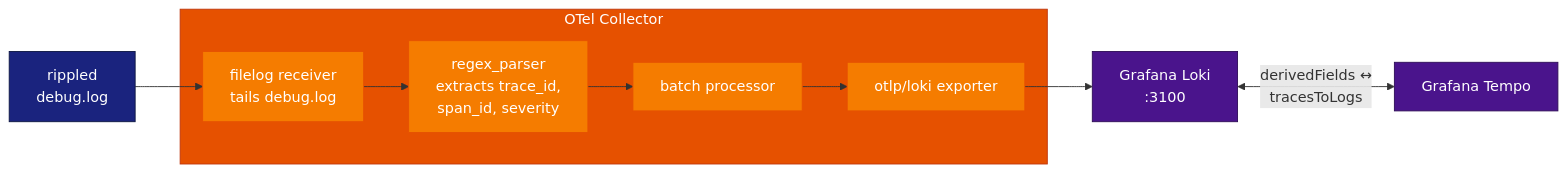
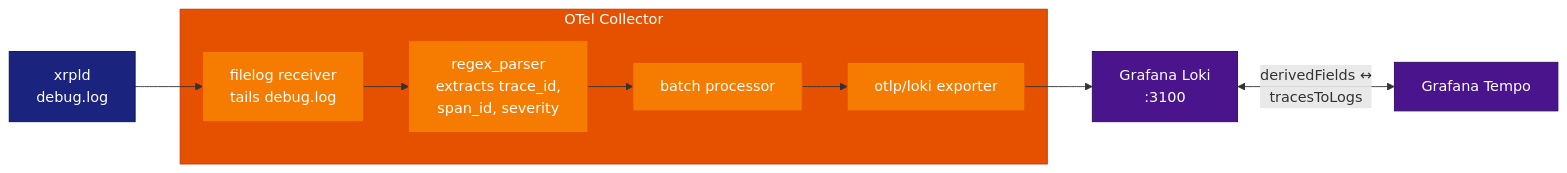
Before and after one commit to XRPLF/rippled: the third of 7 diagrams in OpenTelemetryPlan/06-implementation-phases.md, drawn with Mermaid. The commit also changed other lines of this file and 4 other files, not shown here.

Commit message:
fix: address CI rename checks (rippled -> xrpld) in phase-8 docs

````diff
--- a/OpenTelemetryPlan/06-implementation-phases.md
+++ b/OpenTelemetryPlan/06-implementation-phases.md
@@ -449,23 +449,23 @@
 ```mermaid
 flowchart LR
     subgraph collector["OTel Collector"]
         FR["filelog receiver<br/>tails debug.log"]
         RP["regex_parser<br/>extracts trace_id,<br/>span_id, severity"]
         BP["batch processor"]
         LE["otlp/loki exporter"]
         FR --> RP --> BP --> LE
     end
 
-    LogFile["rippled<br/>debug.log"] --> FR
+    LogFile["xrpld<br/>debug.log"] --> FR
     LE --> Loki["Grafana Loki<br/>:3100"]
     Loki <-->|"derivedFields ↔<br/>tracesToLogs"| Tempo["Grafana Tempo"]
 
     style collector fill:#e65100,stroke:#bf360c,color:#fff
     style FR fill:#f57c00,stroke:#e65100,color:#fff
     style RP fill:#f57c00,stroke:#e65100,color:#fff
     style BP fill:#f57c00,stroke:#e65100,color:#fff
     style LE fill:#f57c00,stroke:#e65100,color:#fff
     style LogFile fill:#1a237e,stroke:#0d1642,color:#fff
     style Loki fill:#4a148c,stroke:#2e0d57,color:#fff
     style Tempo fill:#4a148c,stroke:#2e0d57,color:#fff
 ```
````
